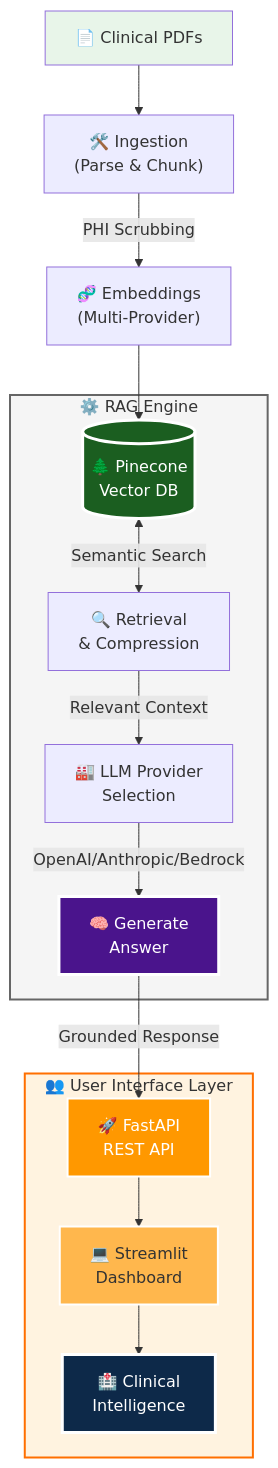
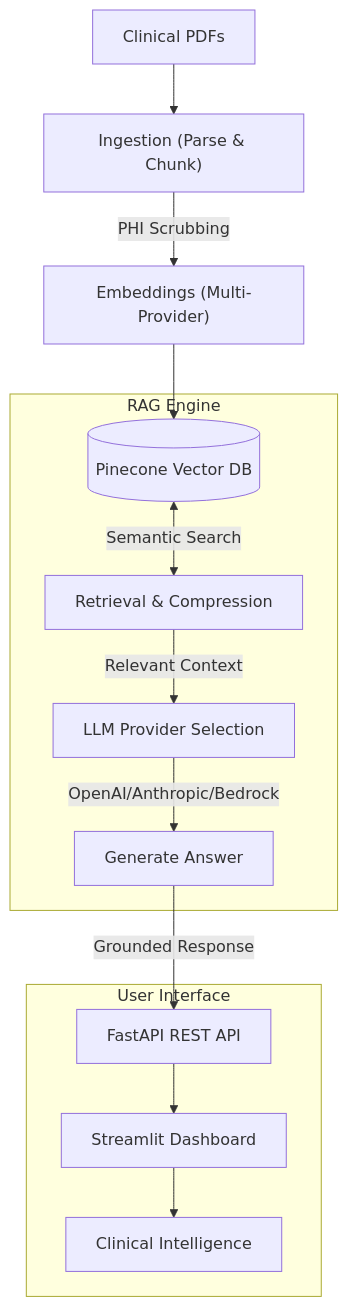
One commit to pvenkata-tech/clinical-intelligence-rag changed the diagram in README.md. Above: the diagram before and after it, drawn with Mermaid. The commit also changed other lines of this file, not shown here.

Commit message:
Rewrite README with plain-spoken Problem/Architecture/Objective structure

````diff
--- a/README.md
+++ b/README.md
@@ -17,28 +29,19 @@
 ```mermaid
 graph TD
-    A["📄 Clinical PDFs"] --> B["🛠️ Ingestion<br/>(Parse & Chunk)"]
-    B -->|PHI Scrubbing| C["🧬 Embeddings<br/>(Multi-Provider)"]
-    C --> D[("🌲 Pinecone<br/>Vector DB")]
-    
-    subgraph RAG["⚙️ RAG Engine"]
-    D <-->|Semantic Search| E["🔍 Retrieval<br/>& Compression"]
-    E -->|Relevant Context| F["🏭 LLM Provider<br/>Selection"]
-    F -->|OpenAI/Anthropic/Bedrock| G["🧠 Generate<br/>Answer"]
+    A["Clinical PDFs"] --> B["Ingestion (Parse & Chunk)"]
+    B -->|PHI Scrubbing| C["Embeddings (Multi-Provider)"]
+    C --> D[("Pinecone Vector DB")]
+
+    subgraph RAG["RAG Engine"]
+    D <-->|Semantic Search| E["Retrieval & Compression"]
+    E -->|Relevant Context| F["LLM Provider Selection"]
+    F -->|OpenAI/Anthropic/Bedrock| G["Generate Answer"]
     end
-    
-    G -->|Grounded Response| H["🚀 FastAPI<br/>REST API"]
-    
-    subgraph UI["👥 User Interface Layer"]
-    H --> I["💻 Streamlit<br/>Dashboard"]
-    I --> J["🏥 Clinical<br/>Intelligence"]
+
+    G -->|Grounded Response| H["FastAPI REST API"]
+
+    subgraph UI["User Interface"]
+    H --> I["Streamlit Dashboard"]
+    I --> J["Clinical Intelligence"]
     end
-    
-    style A fill:#e8f5e9
-    style D fill:#1b5e20,stroke:#fff,color:#fff,stroke-width:3px
-    style G fill:#4a148c,stroke:#fff,color:#fff,stroke-width:3px
-    style RAG fill:#f5f5f5,stroke:#666,stroke-width:2px
-    style UI fill:#fff3e0,stroke:#ff6f00,stroke-width:2px
-    style H fill:#ff9800,stroke:#fff,color:#fff,stroke-width:2px
-    style I fill:#ffb74d,stroke:#fff,color:#333,stroke-width:2px
-    style J fill:#0d2949,stroke:#fff,color:#fff,stroke-width:3px
 ```
````
